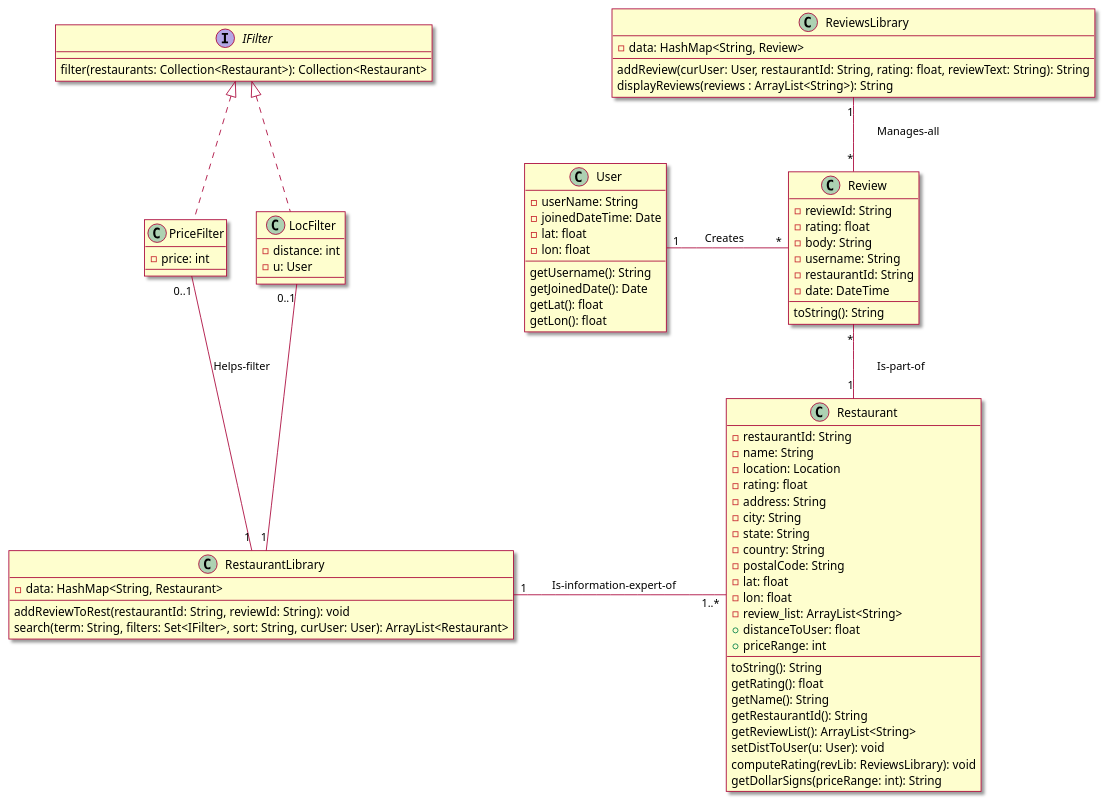
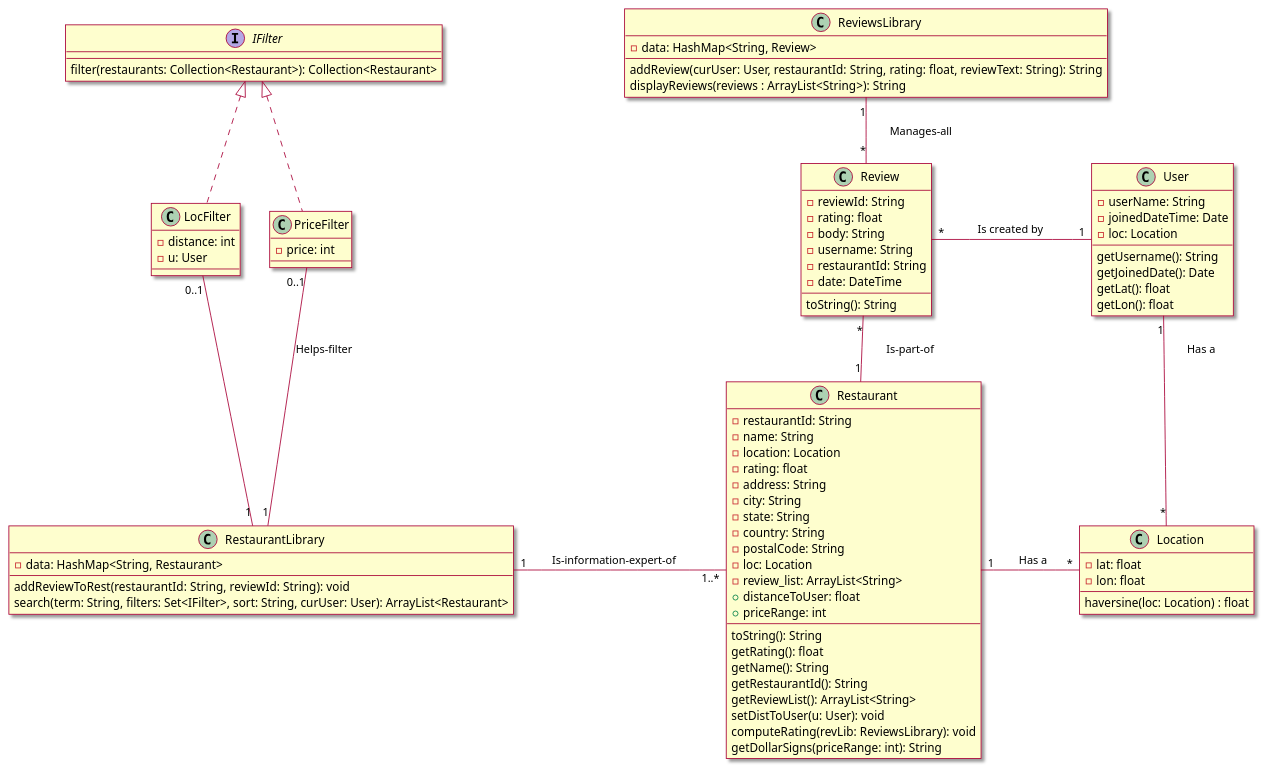
The fourth of 4 diagrams in intellij/doc/design.md (tanwasp/LunchBox-Android), drawn with PlantUML before and after one commit. The commit also changed other lines of this file and 2 other files, not shown here.

Commit message:
Add sequence diagram

````diff
--- a/intellij/doc/design.md
+++ b/intellij/doc/design.md
@@ -86,8 +107,7 @@
     -state: String
     -country: String
     -postalCode: String
-    -lat: float
-    -lon: float
+    -loc: Location
     -review_list: ArrayList<String>
     +distanceToUser: float
     +priceRange: int
@@ -116,8 +136,7 @@
 class User{
     -userName: String
     -joinedDateTime: Date
-    -lat: float
-    -lon: float
+    -loc: Location
     --
     getUsername(): String
     getJoinedDate(): Date
@@ -153,6 +172,13 @@
     -u: User
 }
 
+class Location{
+    -lat: float
+    -lon: float
+    --
+    haversine(loc: Location) : float
+}
+
 ' associations
 IFilter <|.. PriceFilter
 IFilter <|.. LocFilter
@@ -161,6 +187,8 @@
 RestaurantLibrary "1" - "1..*" Restaurant : \tIs-information-expert-of\t\t
 ReviewsLibrary "1" -- "*" Review : \tManages-all\t\t
 Review "*" -- "1" Restaurant : \tIs-part-of\t\t
-User "1" - "*" Review : \tCreates\t\t
+User "1" -left- "*" Review : \tIs created by\t\t
+Restaurant "1" - "*" Location : \tHas a \t
+User "1" -down- "*" Location : \tHas a \t
 @enduml
 ```
````
